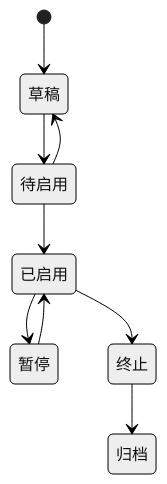
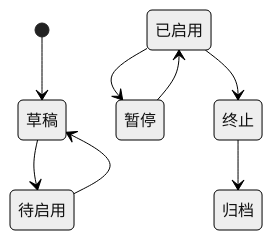
One commit to jxh1979/mall changed the third of 19 diagrams in docs/platform-governance-product-spec-v0.2.md. Above: the diagram before and after it, drawn with Mermaid (neutral theme). The commit also changed other lines of this file and 7 other files, not shown here.

````diff
--- a/docs/platform-governance-product-spec-v0.2.md
+++ b/docs/platform-governance-product-spec-v0.2.md
@@ -1438,11 +1429,10 @@
 ```mermaid
 stateDiagram-v2
     [*] --> 草稿
     草稿 --> 待启用
-    待启用 --> 已启用
     待启用 --> 草稿
     已启用 --> 暂停
     暂停 --> 已启用
     已启用 --> 终止
     终止 --> 归档
 ```
````
